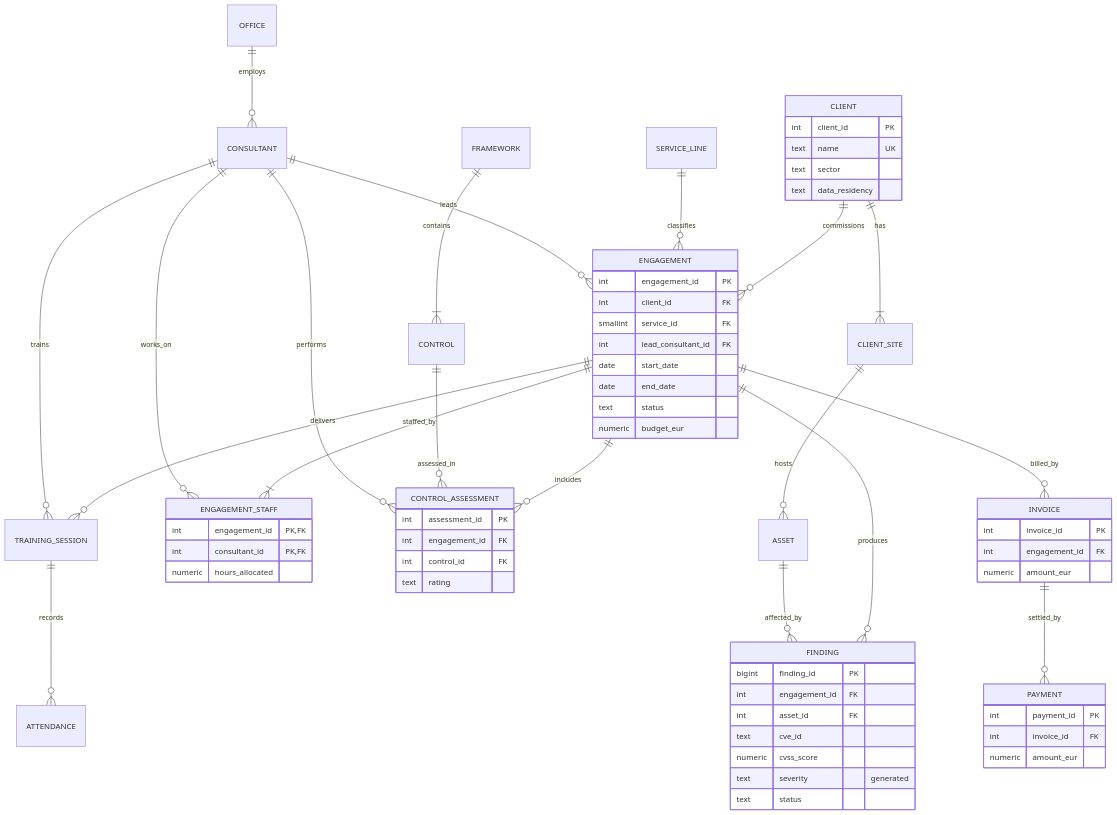
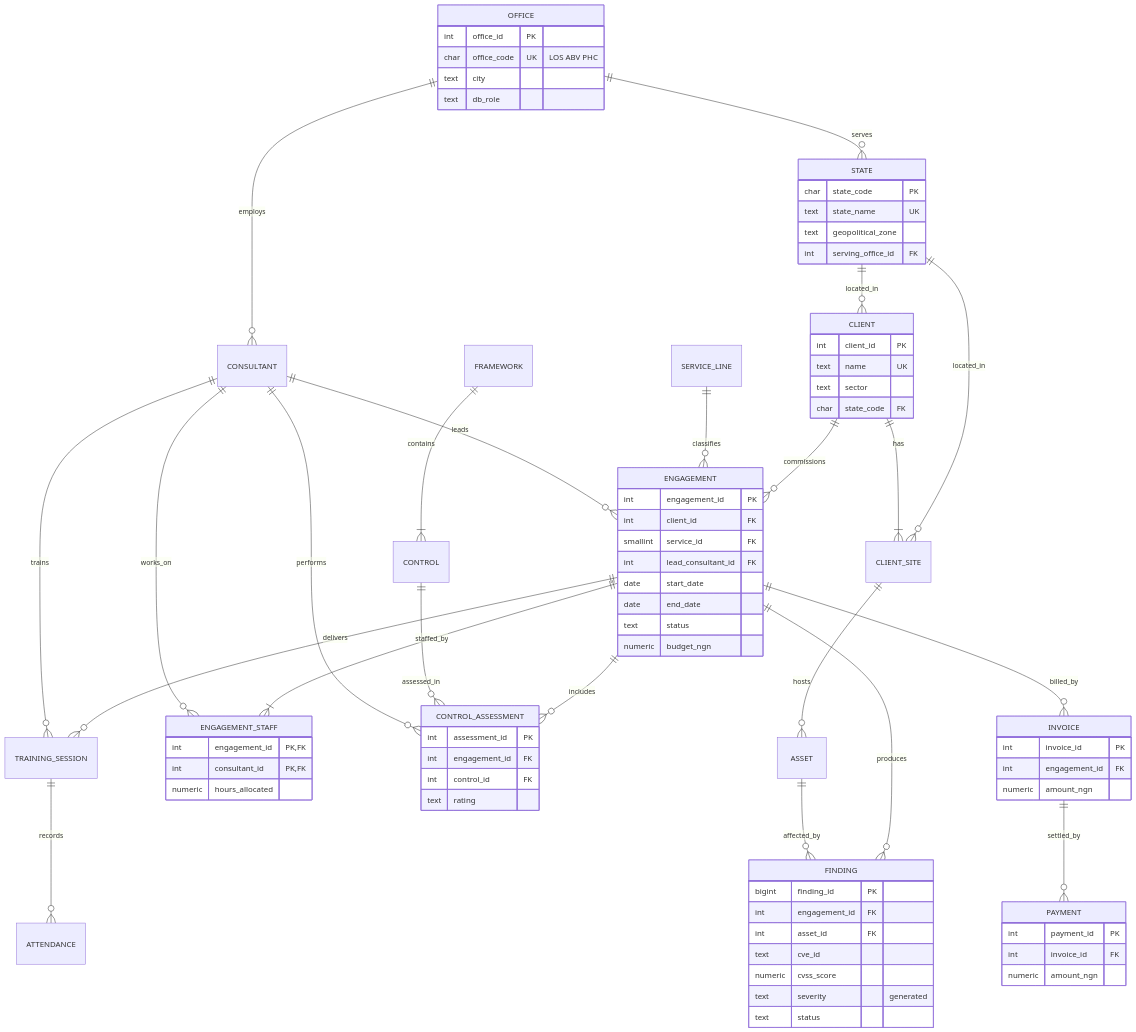
Before and after one commit to Osita-Odo/MIVA-Data-Base-Management-for-Terracyb-Consulting: the diagram in portfolio-1-database-design/README.md, drawn with Mermaid. The commit also changed other lines of this file and 4 other files, not shown here.

````diff
--- a/portfolio-1-database-design/README.md
+++ b/portfolio-1-database-design/README.md
@@ -33,6 +33,9 @@
 ```mermaid
 erDiagram
     OFFICE ||--o{ CONSULTANT : employs
+    OFFICE ||--o{ STATE : serves
+    STATE ||--o{ CLIENT : located_in
+    STATE ||--o{ CLIENT_SITE : located_in
     CLIENT ||--|{ CLIENT_SITE : has
     CLIENT_SITE ||--o{ ASSET : hosts
     CLIENT ||--o{ ENGAGEMENT : commissions
@@ -52,11 +55,23 @@
     ENGAGEMENT ||--o{ INVOICE : billed_by
     INVOICE ||--o{ PAYMENT : settled_by
 
+    OFFICE {
+        int office_id PK
+        char office_code UK "LOS ABV PHC"
+        text city
+        text db_role
+    }
+    STATE {
+        char state_code PK
+        text state_name UK
+        text geopolitical_zone
+        int serving_office_id FK
+    }
     CLIENT {
         int client_id PK
         text name UK
         text sector
-        text data_residency
+        char state_code FK
     }
     ENGAGEMENT {
         int engagement_id PK
@@ -66,7 +81,7 @@
         date start_date
         date end_date
         text status
-        numeric budget_eur
+        numeric budget_ngn
     }
     ENGAGEMENT_STAFF {
         int engagement_id PK, FK
@@ -91,11 +106,11 @@
     INVOICE {
         int invoice_id PK
         int engagement_id FK
-        numeric amount_eur
+        numeric amount_ngn
     }
     PAYMENT {
         int payment_id PK
         int invoice_id FK
-        numeric amount_eur
+        numeric amount_ngn
     }
 ```
````
